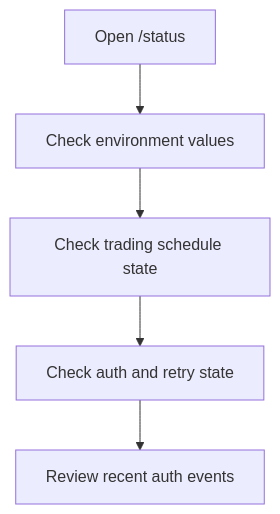
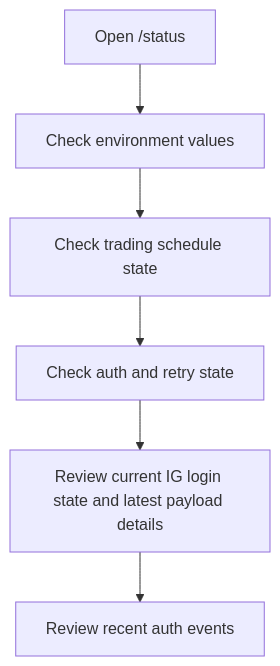
One commit to MartynFewtrell/TNC.Trading.Platform changed the first of 4 diagrams in docs/wiki/operator-guide.md. Above: the diagram before and after it, drawn with Mermaid. The commit also changed other lines of this file and 62 other files, not shown here.

````diff
--- a/docs/wiki/operator-guide.md
+++ b/docs/wiki/operator-guide.md
@@ -251,7 +313,8 @@
 ```mermaid
 flowchart TD
     Open[Open /status] --> CheckEnv[Check environment values]
     CheckEnv --> CheckSchedule[Check trading schedule state]
     CheckSchedule --> CheckAuth[Check auth and retry state]
-    CheckAuth --> ReviewEvents[Review recent auth events]
+    CheckAuth --> CheckIgLogin[Review current IG login state and latest payload details]
+    CheckIgLogin --> ReviewEvents[Review recent auth events]
 ```
````
